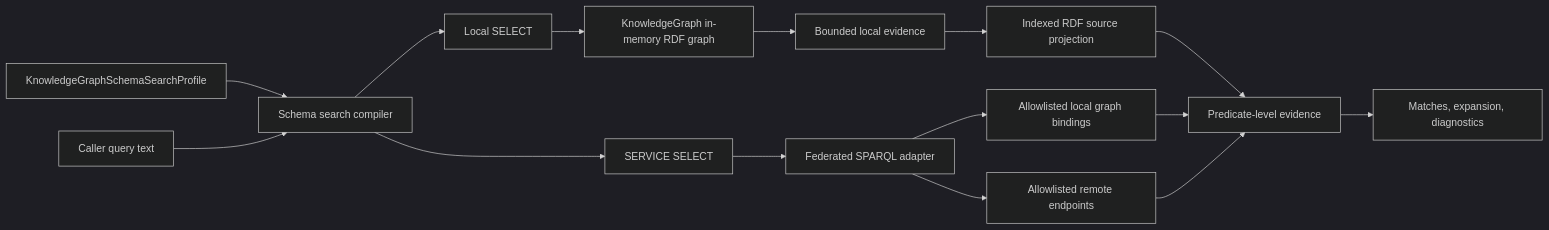
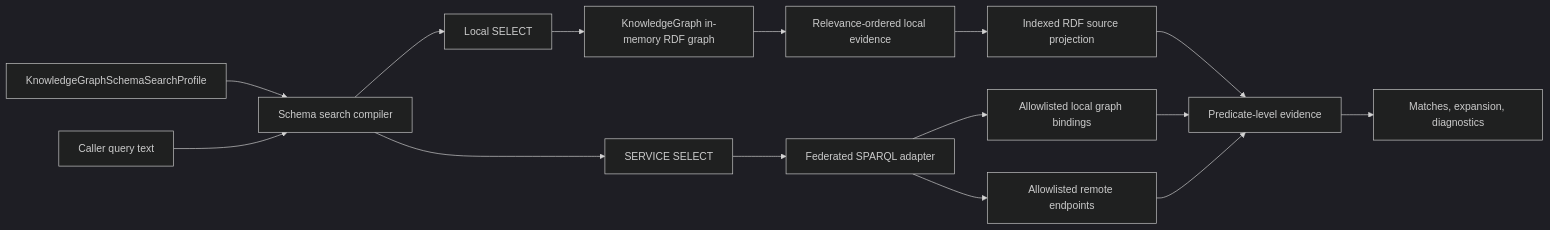
One commit to managedcode/markdown-ld-kb changed the seventh of 13 diagrams in docs/Architecture.md. Above: the diagram before and after it, drawn with Mermaid (dark theme). The commit also changed other lines of this file and 6 other files, not shown here.

Commit message:
Release 0.3.3 with stable bounded schema search evidence

````diff
--- a/docs/Architecture.md
+++ b/docs/Architecture.md
@@ -325,17 +325,17 @@
 ```mermaid
 flowchart LR
     Profile["KnowledgeGraphSchemaSearchProfile"] --> Compiler["Schema search compiler"]
     QueryText["Caller query text"] --> Compiler
     Compiler --> LocalSelect["Local SELECT"]
     Compiler --> FederatedSelect["SERVICE SELECT"]
     LocalSelect --> LocalGraph["KnowledgeGraph in-memory RDF graph"]
     FederatedSelect --> Federation["Federated SPARQL adapter"]
     Federation --> LocalBindings["Allowlisted local graph bindings"]
     Federation --> RemoteEndpoints["Allowlisted remote endpoints"]
-    LocalGraph --> LocalEvidence["Bounded local evidence"]
+    LocalGraph --> LocalEvidence["Relevance-ordered local evidence"]
     LocalEvidence --> Sources["Indexed RDF source projection"]
     Sources --> Evidence["Predicate-level evidence"]
     LocalBindings --> Evidence
     RemoteEndpoints --> Evidence
     Evidence --> Result["Matches, expansion, diagnostics"]
 ```
````
